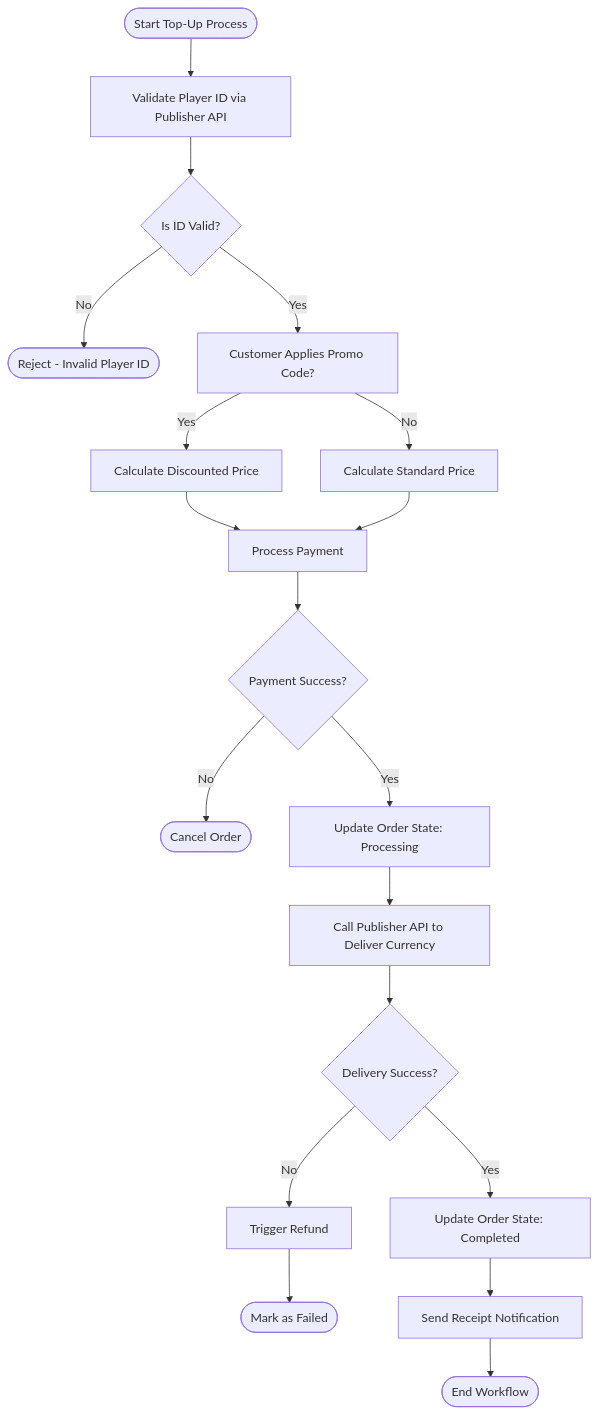
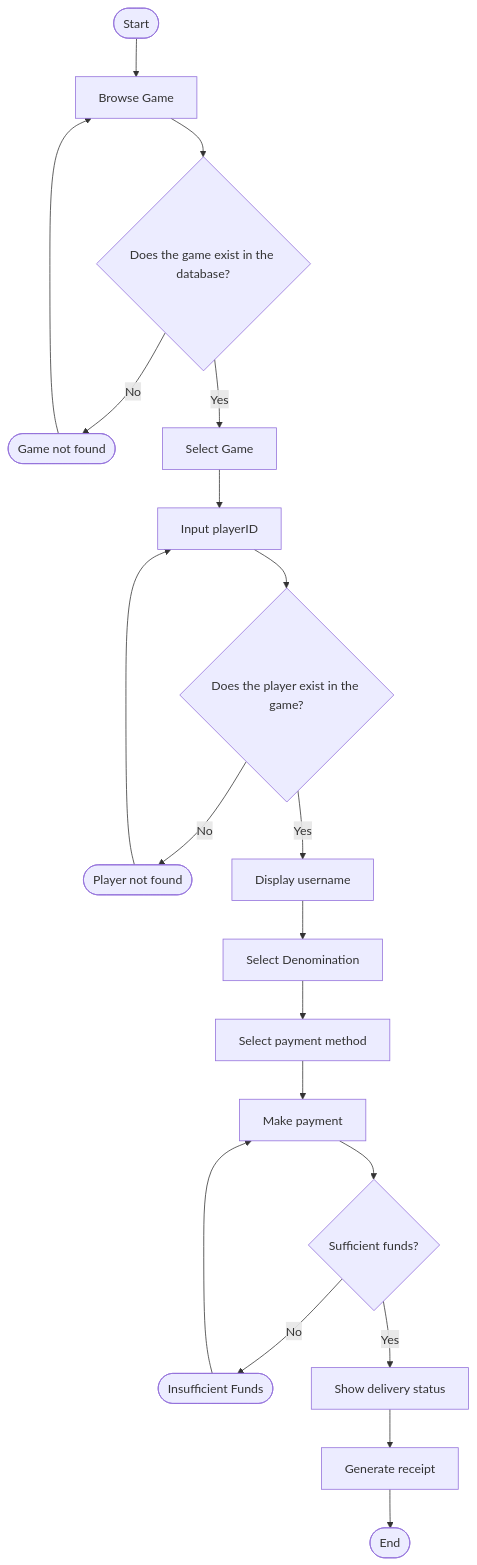
Before and after one commit to ROS-RENDO/Unipin-Final: the fourth of 6 diagrams in Final_UniPin_SDD_Submission.md, drawn with Mermaid. The commit also changed other lines of this file, not shown here.

````diff
--- a/Final_UniPin_SDD_Submission.md
+++ b/Final_UniPin_SDD_Submission.md
@@ -439,28 +418,28 @@
 ```mermaid
 flowchart TD
-    Start([Start Top-Up Process]) --> ValidateID[Validate Player ID via Publisher API]
+    Start([Start]) --> BrowseGame[Browse Game]
     
-    ValidateID --> IDValid{Is ID Valid?}
-    IDValid -->|No| RejectID([Reject - Invalid Player ID])
-    IDValid -->|Yes| ApplyPromo[Customer Applies Promo Code?]
+    BrowseGame --> GameExist{Does the game exist in the database?}
+    GameExist -->|No| GameNotFound([Game not found])
+    GameNotFound --> BrowseGame
+    GameExist -->|Yes| SelectGame[Select Game]
     
-    ApplyPromo -->|Yes| CalcDiscount[Calculate Discounted Price]
-    ApplyPromo -->|No| CalcStandard[Calculate Standard Price]
+    SelectGame --> InputID[Input playerID]
     
-    CalcDiscount --> ProcessPay[Process Payment]
-    CalcStandard --> ProcessPay
+    InputID --> PlayerExist{Does the player exist in the game?}
+    PlayerExist -->|No| PlayerNotFound([Player not found])
+    PlayerNotFound --> InputID
+    PlayerExist -->|Yes| ShowUsername[Display username]
     
-    ProcessPay --> PaySuccess{Payment Success?}
+    ShowUsername --> SelectDenom[Select Denomination]
+    SelectDenom --> SelectPay[Select payment method]
+    SelectPay --> MakePay[Make payment]
     
-    PaySuccess -->|No| CancelOrder([Cancel Order])
-    PaySuccess -->|Yes| UpdateState[Update Order State: Processing]
+    MakePay --> Funds{Sufficient funds?}
+    Funds -->|No| InsufficientFunds([Insufficient Funds])
+    InsufficientFunds --> MakePay
+    Funds -->|Yes| ShowDelivery[Show delivery status]
     
-    UpdateState --> CallPublisher[Call Publisher API to Deliver Currency]
-    CallPublisher --> DeliveryCheck{Delivery Success?}
-    
-    DeliveryCheck -->|No| Refund[Trigger Refund] --> FailState([Mark as Failed])
-    DeliveryCheck -->|Yes| CompleteState[Update Order State: Completed]
-    
-    CompleteState --> Notify[Send Receipt Notification]
-    Notify --> End([End Workflow])
+    ShowDelivery --> GenReceipt[Generate receipt]
+    GenReceipt --> End([End])
 ```
````
